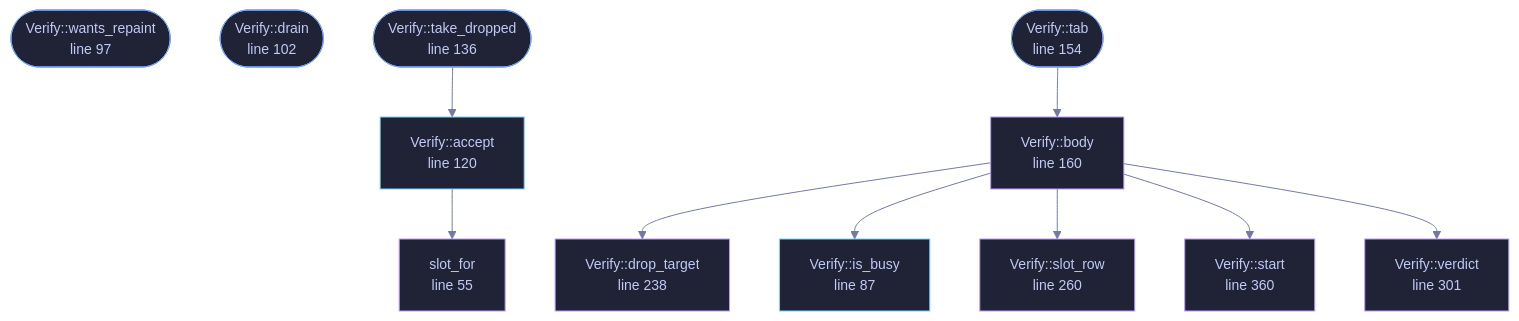
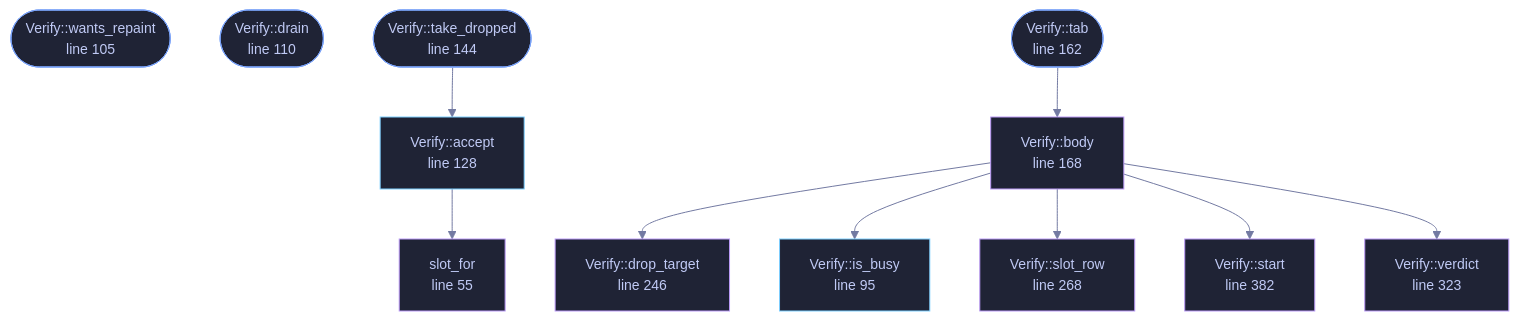
Before and after one commit to tilas01/veilvoice: the diagram in docs/files/veilvoice-gui/verify.md, drawn with Mermaid. The commit also changed other lines of this file and 42 other files, not shown here.

````diff
--- a/docs/files/veilvoice-gui/verify.md
+++ b/docs/files/veilvoice-gui/verify.md
@@ -92,42 +92,42 @@
 ```mermaid
 %%{init: {"theme":"base","themeVariables":{"background":"#1a1b26","primaryColor":"#1f2335","primaryTextColor":"#c0caf5","primaryBorderColor":"#7aa2f7","secondaryColor":"#16161e","tertiaryColor":"#16161e","lineColor":"#737aa2","textColor":"#c0caf5","mainBkg":"#1f2335","nodeBorder":"#7aa2f7","clusterBkg":"#16161e","clusterBorder":"#2f3549","fontFamily":"ui-monospace, SFMono-Regular, Consolas, monospace","fontSize":"14px"}}}%%
 flowchart TD
     n_slot_for["slot_for<br/>line 55"]
-    n_is_busy["Verify::is_busy<br/>line 87"]
-    n_wants_repaint(["Verify::wants_repaint<br/>line 97"])
-    n_drain(["Verify::drain<br/>line 102"])
-    n_accept["Verify::accept<br/>line 120"]
-    n_take_dropped(["Verify::take_dropped<br/>line 136"])
-    n_tab(["Verify::tab<br/>line 154"])
-    n_body["Verify::body<br/>line 160"]
-    n_drop_target["Verify::drop_target<br/>line 238"]
-    n_slot_row["Verify::slot_row<br/>line 260"]
-    n_verdict["Verify::verdict<br/>line 301"]
-    n_start["Verify::start<br/>line 360"]
+    n_is_busy["Verify::is_busy<br/>line 95"]
+    n_wants_repaint(["Verify::wants_repaint<br/>line 105"])
+    n_drain(["Verify::drain<br/>line 110"])
+    n_accept["Verify::accept<br/>line 128"]
+    n_take_dropped(["Verify::take_dropped<br/>line 144"])
+    n_tab(["Verify::tab<br/>line 162"])
+    n_body["Verify::body<br/>line 168"]
+    n_drop_target["Verify::drop_target<br/>line 246"]
+    n_slot_row["Verify::slot_row<br/>line 268"]
+    n_verdict["Verify::verdict<br/>line 323"]
+    n_start["Verify::start<br/>line 382"]
     n_accept --> n_slot_for
     n_body --> n_drop_target
     n_body --> n_is_busy
     n_body --> n_slot_row
     n_body --> n_start
     n_body --> n_verdict
     n_tab --> n_body
     n_take_dropped --> n_accept
     click n_slot_for href "https://github.com/tilas01/veilvoice/blob/main/crates/veilvoice-gui/src/verify.rs#L55" "open the source"
-    click n_is_busy href "https://github.com/tilas01/veilvoice/blob/main/crates/veilvoice-gui/src/verify.rs#L87" "open the source"
-    click n_wants_repaint href "https://github.com/tilas01/veilvoice/blob/main/crates/veilvoice-gui/src/verify.rs#L97" "open the source"
-    click n_drain href "https://github.com/tilas01/veilvoice/blob/main/crates/veilvoice-gui/src/verify.rs#L102" "open the source"
-    click n_accept href "https://github.com/tilas01/veilvoice/blob/main/crates/veilvoice-gui/src/verify.rs#L120" "open the source"
-    click n_take_dropped href "https://github.com/tilas01/veilvoice/blob/main/crates/veilvoice-gui/src/verify.rs#L136" "open the source"
-    click n_tab href "https://github.com/tilas01/veilvoice/blob/main/crates/veilvoice-gui/src/verify.rs#L154" "open the source"
-    click n_body href "https://github.com/tilas01/veilvoice/blob/main/crates/veilvoice-gui/src/verify.rs#L160" "open the source"
-    click n_drop_target href "https://github.com/tilas01/veilvoice/blob/main/crates/veilvoice-gui/src/verify.rs#L238" "open the source"
-    click n_slot_row href "https://github.com/tilas01/veilvoice/blob/main/crates/veilvoice-gui/src/verify.rs#L260" "open the source"
-    click n_verdict href "https://github.com/tilas01/veilvoice/blob/main/crates/veilvoice-gui/src/verify.rs#L301" "open the source"
-    click n_start href "https://github.com/tilas01/veilvoice/blob/main/crates/veilvoice-gui/src/verify.rs#L360" "open the source"
+    click n_is_busy href "https://github.com/tilas01/veilvoice/blob/main/crates/veilvoice-gui/src/verify.rs#L95" "open the source"
+    click n_wants_repaint href "https://github.com/tilas01/veilvoice/blob/main/crates/veilvoice-gui/src/verify.rs#L105" "open the source"
+    click n_drain href "https://github.com/tilas01/veilvoice/blob/main/crates/veilvoice-gui/src/verify.rs#L110" "open the source"
+    click n_accept href "https://github.com/tilas01/veilvoice/blob/main/crates/veilvoice-gui/src/verify.rs#L128" "open the source"
+    click n_take_dropped href "https://github.com/tilas01/veilvoice/blob/main/crates/veilvoice-gui/src/verify.rs#L144" "open the source"
+    click n_tab href "https://github.com/tilas01/veilvoice/blob/main/crates/veilvoice-gui/src/verify.rs#L162" "open the source"
+    click n_body href "https://github.com/tilas01/veilvoice/blob/main/crates/veilvoice-gui/src/verify.rs#L168" "open the source"
+    click n_drop_target href "https://github.com/tilas01/veilvoice/blob/main/crates/veilvoice-gui/src/verify.rs#L246" "open the source"
+    click n_slot_row href "https://github.com/tilas01/veilvoice/blob/main/crates/veilvoice-gui/src/verify.rs#L268" "open the source"
+    click n_verdict href "https://github.com/tilas01/veilvoice/blob/main/crates/veilvoice-gui/src/verify.rs#L323" "open the source"
+    click n_start href "https://github.com/tilas01/veilvoice/blob/main/crates/veilvoice-gui/src/verify.rs#L382" "open the source"
     classDef entry fill:#1f2335,stroke:#7aa2f7,color:#c0caf5
     class n_wants_repaint,n_drain,n_take_dropped,n_tab entry
     classDef api fill:#1f2335,stroke:#7dcfff,color:#c0caf5
     class n_is_busy,n_accept api
     classDef helper fill:#1f2335,stroke:#bb9af7,color:#c0caf5
     class n_slot_for,n_body,n_drop_target,n_slot_row,n_verdict,n_start helper
 ```
````
